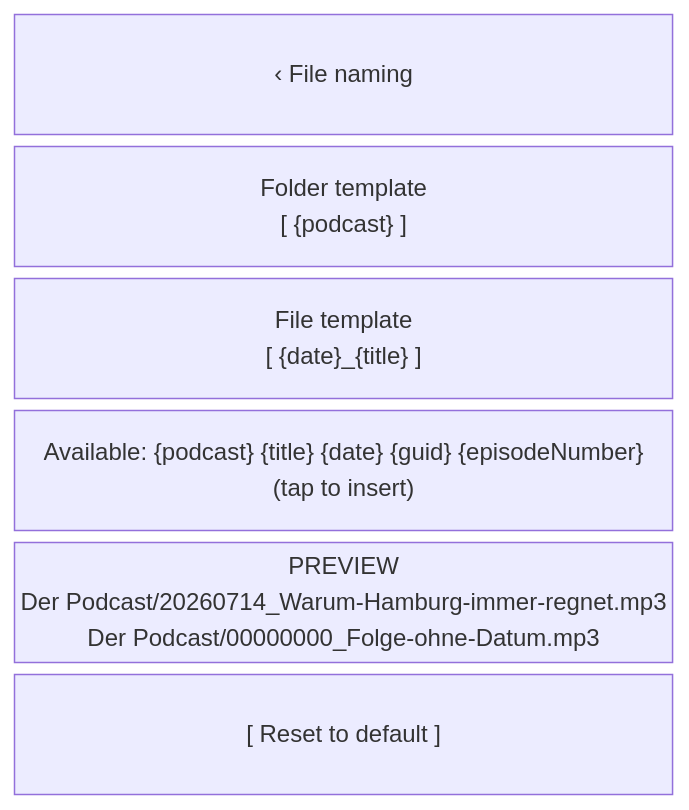
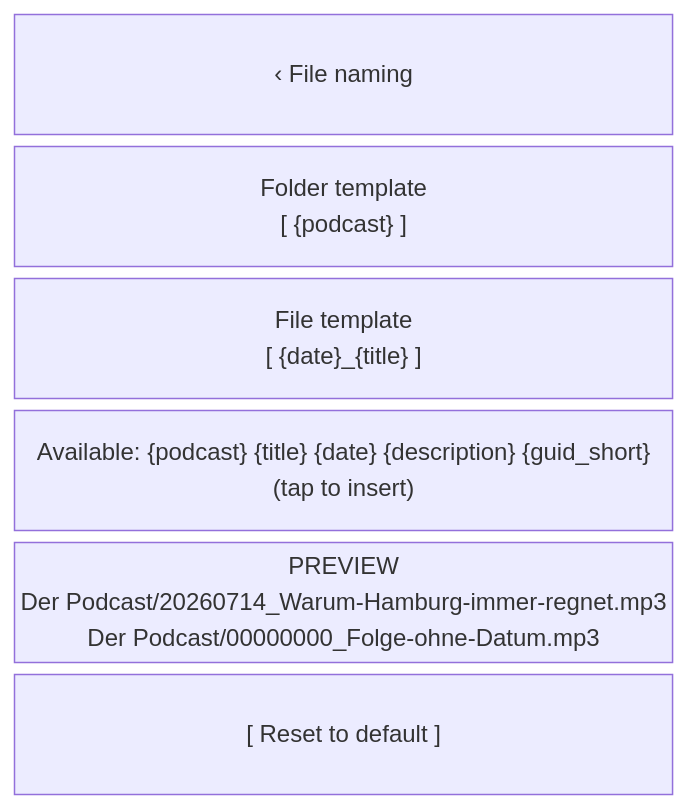
Before and after one commit to drehtuer/podsilo: the tenth of 13 diagrams in docs/UI.md, drawn with Mermaid. The commit also changed other lines of this file and 15 other files, not shown here.

````diff
--- a/docs/UI.md
+++ b/docs/UI.md
@@ -563,10 +564,10 @@
 ```mermaid
 block-beta
   columns 1
   bar["‹  File naming"]
   f1["Folder template\n[ {podcast} ]"]
   f2["File template\n[ {date}_{title} ]"]
-  ph["Available: {podcast} {title} {date} {guid} {episodeNumber}\n(tap to insert)"]
+  ph["Available: {podcast} {title} {date} {description} {guid_short}\n(tap to insert)"]
   pv["PREVIEW\nDer Podcast/20260714_Warum-Hamburg-immer-regnet.mp3\nDer Podcast/00000000_Folge-ohne-Datum.mp3"]
   r["[ Reset to default ]"]
 ```
````
